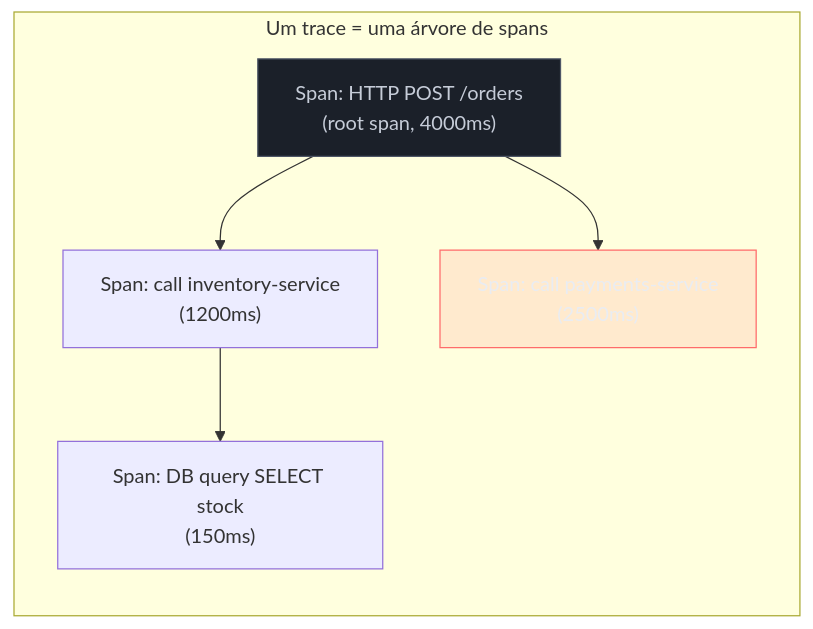
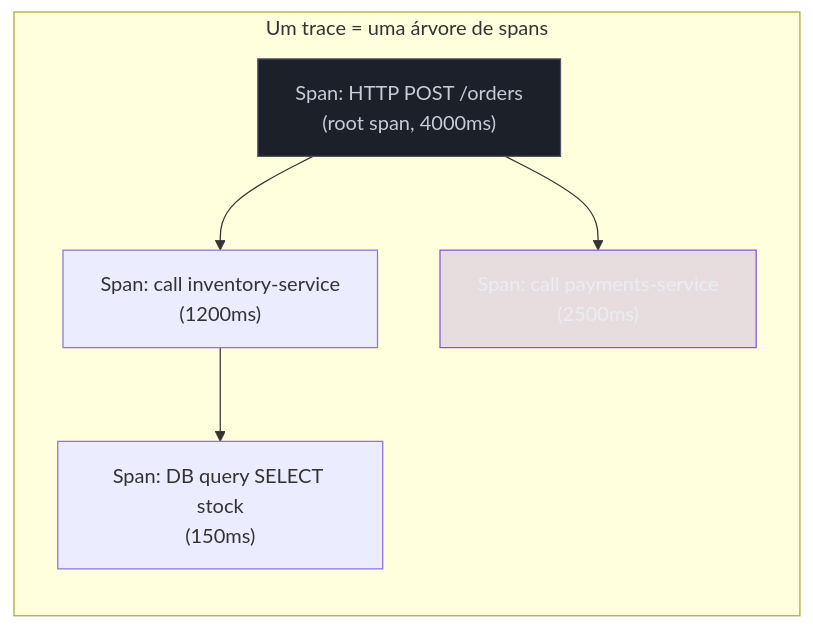
One commit to josenaldo/codex-technomanticus changed the first of 3 diagrams in 03-Dominios/Tecnologia/Go/16 - Observabilidade/07 - OpenTelemetry — tracing.md. Above: the diagram before and after it, drawn with Mermaid. The commit also changed 601 other files, not shown here.

````diff
--- a/03-Dominios/Tecnologia/Go/16 - Observabilidade/07 - OpenTelemetry — tracing.md
+++ b/03-Dominios/Tecnologia/Go/16 - Observabilidade/07 - OpenTelemetry — tracing.md
@@ -33,18 +33,18 @@
 ```mermaid
 flowchart TB
+    classDef marca fill:#8855DF33,stroke:#8855DF,color:#E9ECF2
     classDef neutro fill:#1B2029,stroke:#4E5666,color:#C6CCD8
-    classDef falha fill:#FF6B6B24,stroke:#FF6B6B,color:#E9ECF2
     subgraph Trace["Um trace = uma árvore de spans"]
         direction TB
         S1["Span: HTTP POST /orders\n(root span, 4000ms)"]
         S2["Span: call inventory-service\n(1200ms)"]
         S3["Span: call payments-service\n(2500ms)"]
         S4["Span: DB query SELECT stock\n(150ms)"]
         S1 --> S2
         S1 --> S3
         S2 --> S4
     end
 
     class S1 neutro
-    class S3 falha
+    class S3 marca
 ```
````
